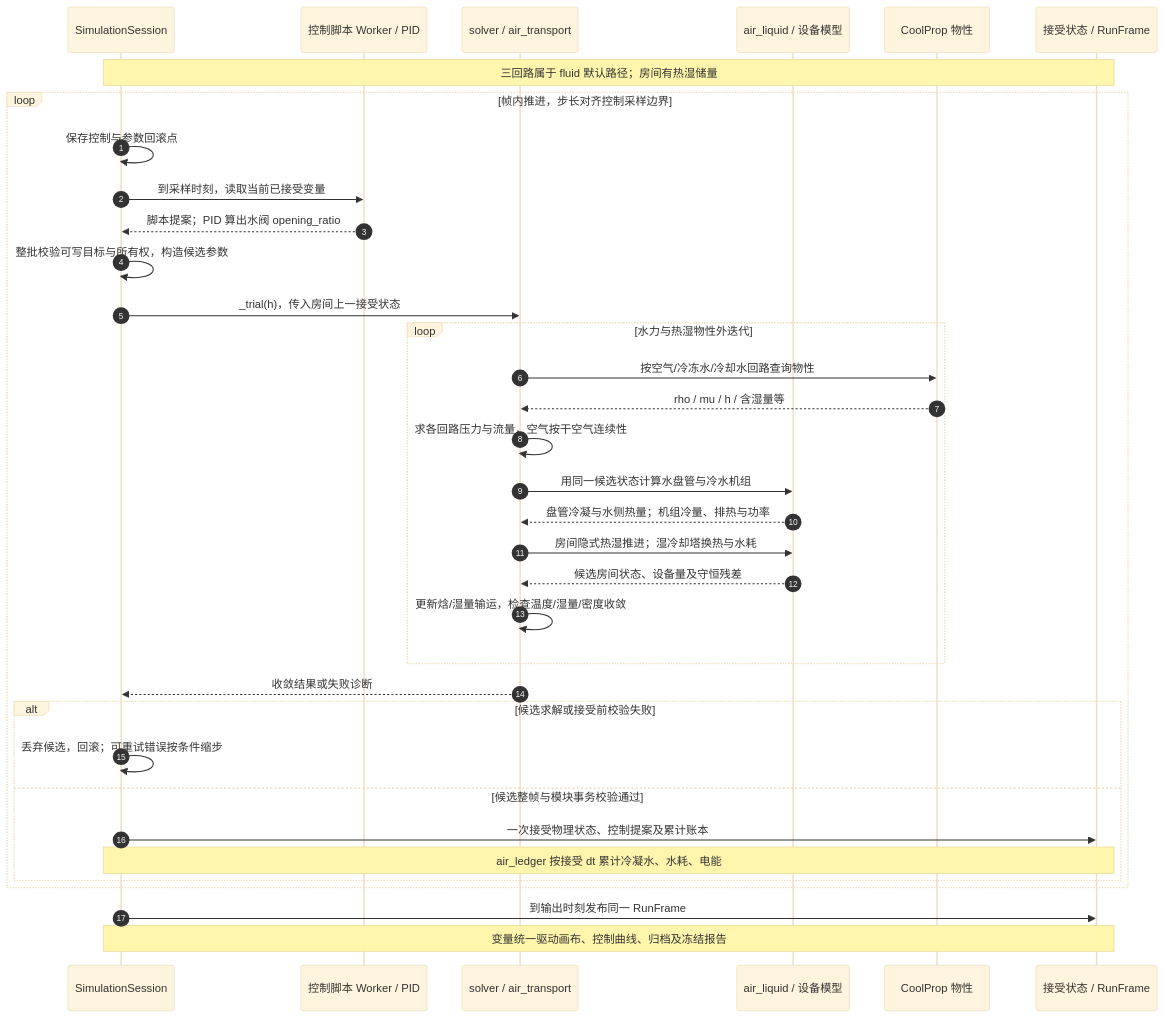
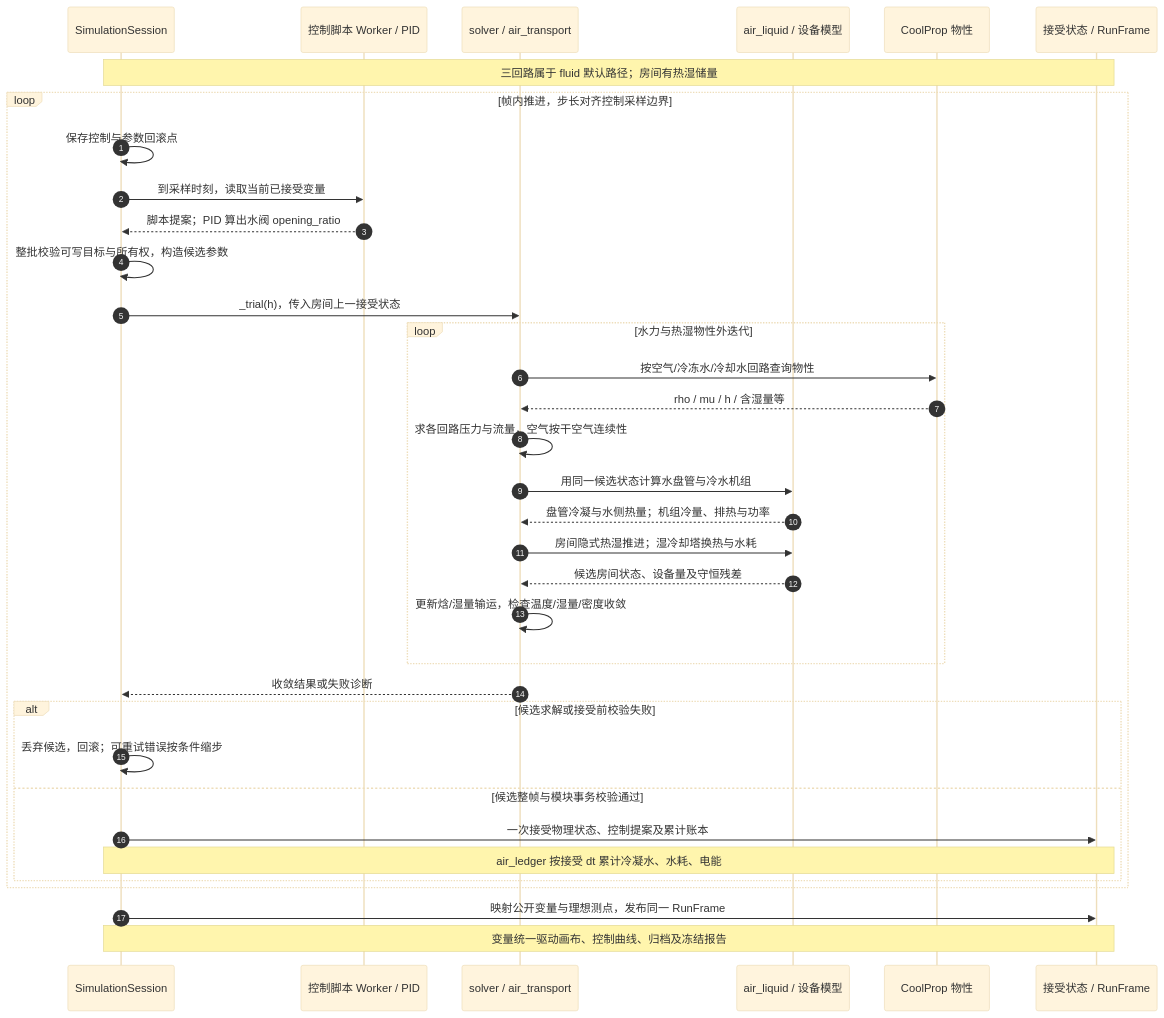
The seventh of 10 diagrams in fluidnet-prototype-engine/docs/ARCHITECTURE_AND_SEQUENCE.md (kongbaifan/fluidnet), drawn with Mermaid (base theme) before and after one commit. The commit also changed other lines of this file and 30 other files, not shown here.

Commit message:
文档：更新架构图并登记架构整理实施计划

````diff
--- a/fluidnet-prototype-engine/docs/ARCHITECTURE_AND_SEQUENCE.md
+++ b/fluidnet-prototype-engine/docs/ARCHITECTURE_AND_SEQUENCE.md
@@ -224,37 +324,37 @@
 ```mermaid
 sequenceDiagram
   autonumber
   participant S as SimulationSession
   participant C as 控制脚本 Worker / PID
   participant H as solver / air_transport
   participant X as air_liquid / 设备模型
   participant P as CoolProp 物性
   participant F as 接受状态 / RunFrame
   Note over S,F: 三回路属于 fluid 默认路径；房间有热湿储量
   loop 帧内推进，步长对齐控制采样边界
     S->>S: 保存控制与参数回滚点
     S->>C: 到采样时刻，读取当前已接受变量
     C-->>S: 脚本提案；PID 算出水阀 opening_ratio
     S->>S: 整批校验可写目标与所有权，构造候选参数
     S->>H: _trial(h)，传入房间上一接受状态
     loop 水力与热湿物性外迭代
       H->>P: 按空气/冷冻水/冷却水回路查询物性
       P-->>H: rho / mu / h / 含湿量等
       H->>H: 求各回路压力与流量，空气按干空气连续性
       H->>X: 用同一候选状态计算水盘管与冷水机组
       X-->>H: 盘管冷凝与水侧热量；机组冷量、排热与功率
       H->>X: 房间隐式热湿推进；湿冷却塔换热与水耗
       X-->>H: 候选房间状态、设备量及守恒残差
       H->>H: 更新焓/湿量输运，检查温度/湿量/密度收敛
     end
     H-->>S: 收敛结果或失败诊断
     alt 候选求解或接受前校验失败
       S->>S: 丢弃候选，回滚；可重试错误按条件缩步
     else 候选整帧与模块事务校验通过
       S->>F: 一次接受物理状态、控制提案及累计账本
       Note over S,F: air_ledger 按接受 dt 累计冷凝水、水耗、电能
     end
   end
-  S->>F: 到输出时刻发布同一 RunFrame
+  S->>F: 映射公开变量与理想测点，发布同一 RunFrame
   Note over S,F: 变量统一驱动画布、控制曲线、归档及冻结报告
 ```
````
